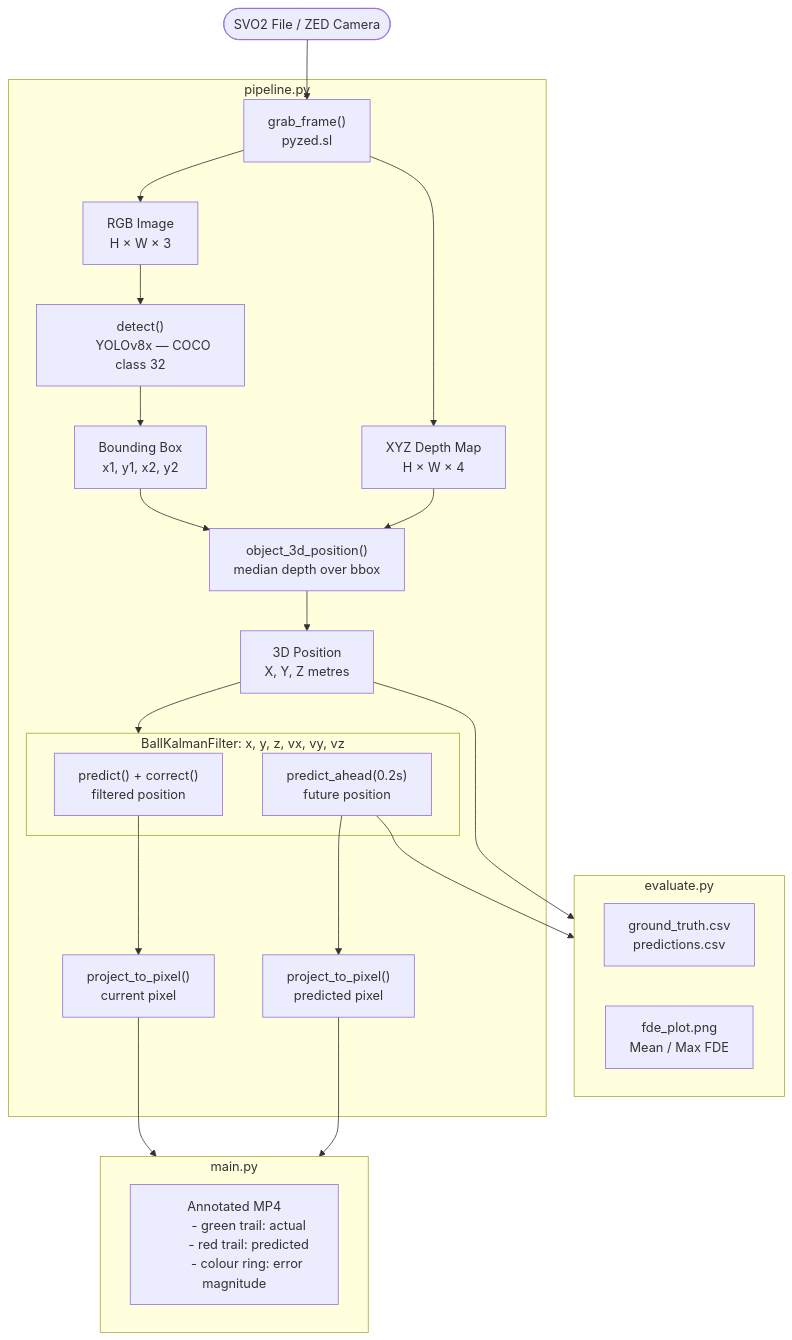
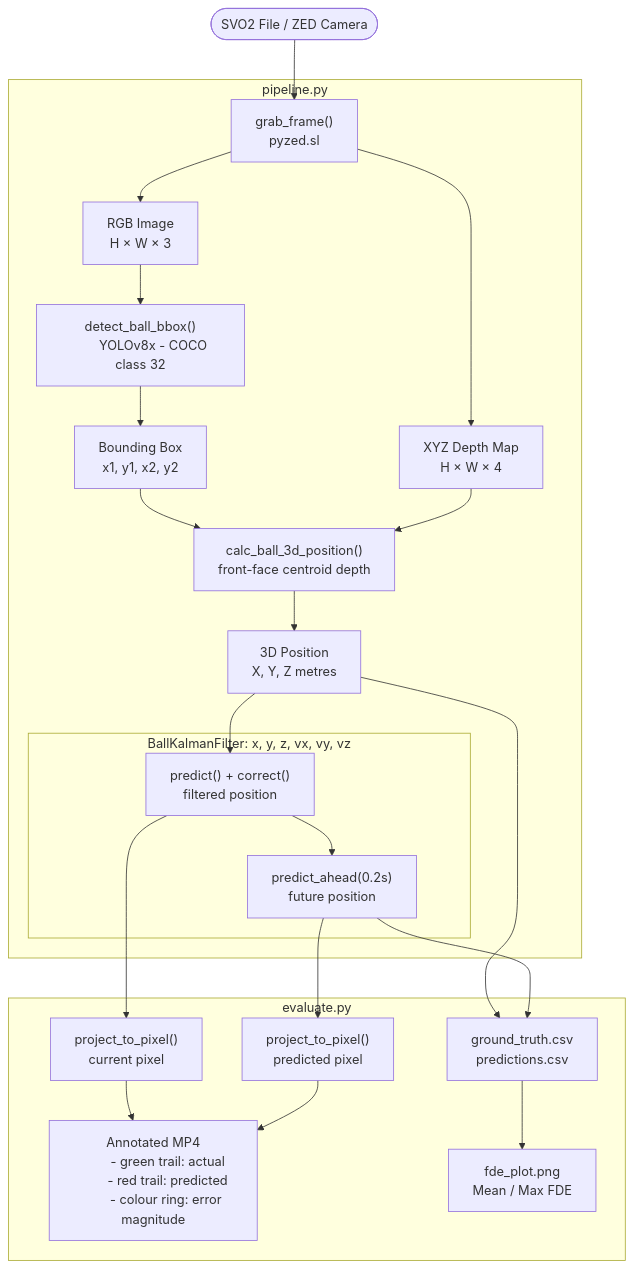
Before and after one commit to Vivaldi42/moving-obstacle-prediction: the diagram in software/3dpipe/architecture.md, drawn with Mermaid. The commit also changed 1 other file, not shown here.

Commit message:
Architecture diagrams

````diff
--- a/software/3dpipe/architecture.md
+++ b/software/3dpipe/architecture.md
@@ -3,63 +3,57 @@
 ```mermaid
 flowchart TD
     INPUT([SVO2 File / ZED Camera])
 
     INPUT --> GRAB
 
     subgraph pipeline.py
         GRAB["grab_frame()
         pyzed.sl"]
 
         GRAB --> RGB["RGB Image
         H × W × 3"]
         GRAB --> XYZ["XYZ Depth Map
         H × W × 4"]
 
-        RGB --> DETECT["detect()
-        YOLOv8x — COCO class 32"]
+        RGB --> DETECT["detect_ball_bbox()
+        YOLOv8x - COCO class 32"]
         DETECT --> BBOX["Bounding Box
         x1, y1, x2, y2"]
 
-        BBOX --> DEPTH["object_3d_position()
-        median depth over bbox"]
+        BBOX --> DEPTH["calc_ball_3d_position()
+        front-face centroid depth"]
         XYZ --> DEPTH
 
         DEPTH --> POS["3D Position
         X, Y, Z  metres"]
 
-        POS --> KF
+        POS --> PRED
 
         subgraph KF["BallKalmanFilter: x, y, z, vx, vy, vz"]
-        
             PRED["predict() + correct()
             filtered position"]
-            AHEAD["predict_ahead(0.2s)
+            PRED --> AHEAD["predict_ahead(0.2s)
             future position"]
         end
+    end
 
+    subgraph evaluate.py
         PRED --> P2P_CUR["project_to_pixel()
         current pixel"]
         AHEAD --> P2P_PRED["project_to_pixel()
         predicted pixel"]
-    end
 
-    P2P_CUR --> MAIN
-    P2P_PRED --> MAIN
-
-    subgraph MAIN["main.py"]
-        VID["Annotated MP4
+        P2P_CUR --> VID["Annotated MP4
         - green trail: actual
         - red trail: predicted
         - colour ring: error magnitude"]
-    end
+        P2P_PRED --> VID
 
-    POS --> EVAL
-    AHEAD --> EVAL
+        POS --> CSV["ground_truth.csv
+        predictions.csv"]
+        AHEAD --> CSV
 
-    subgraph EVAL["evaluate.py"]
-        CSV["ground_truth.csv
-        predictions.csv"]
-        PLOT["fde_plot.png
+        CSV --> PLOT["fde_plot.png
         Mean / Max FDE"]
     end
 ```
````
